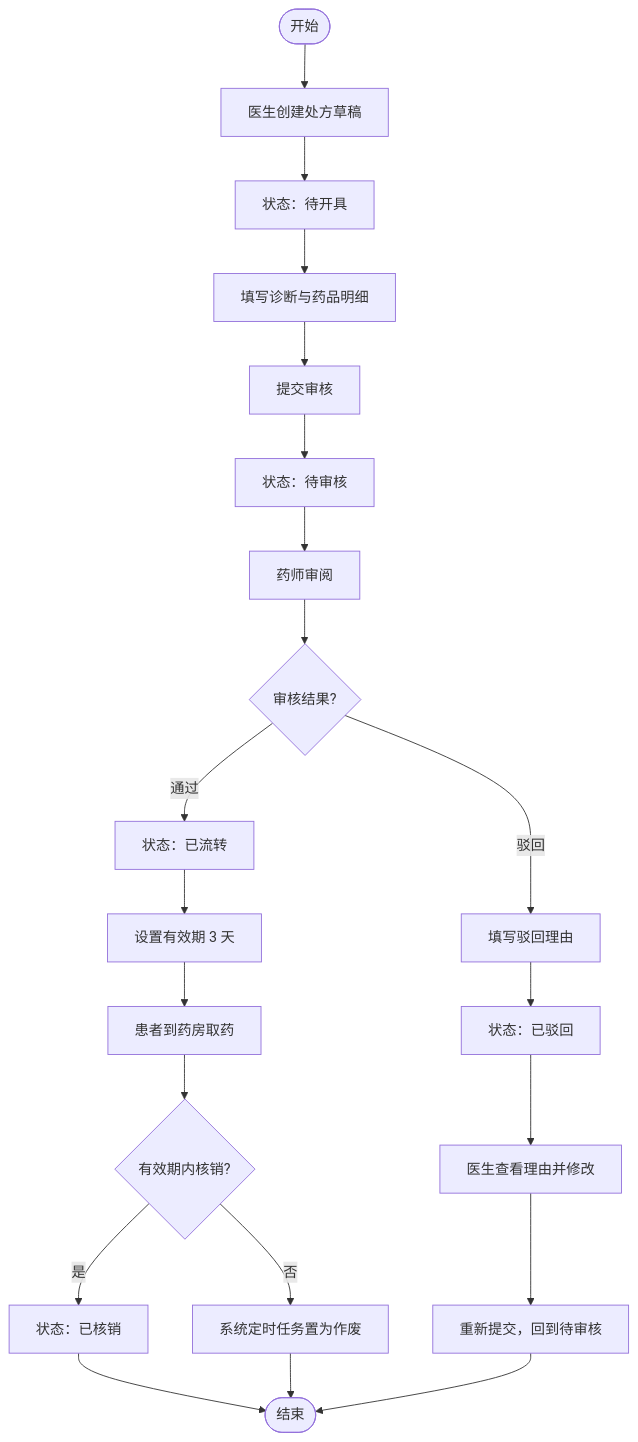
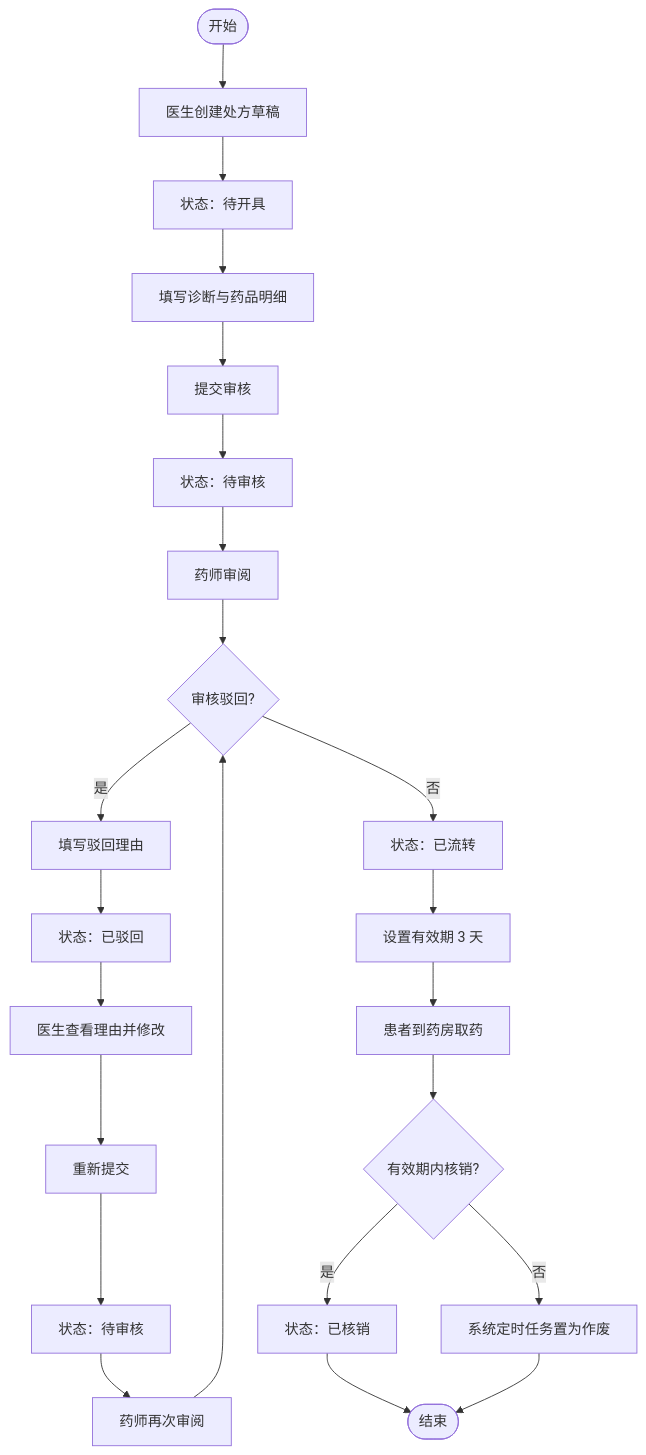
Before and after one commit to RefuseIOT/MedicinePlatform: the fifth of 7 diagrams in docs/diagrams/README.md, drawn with Mermaid. The commit also changed 2 other files, not shown here.

Commit message:
docs: 处方驳回

````diff
--- a/docs/diagrams/README.md
+++ b/docs/diagrams/README.md
@@ -128,23 +128,25 @@
 ```mermaid
 flowchart TD
     A([开始]) --> B[医生创建处方草稿]
     B --> C[状态：待开具]
     C --> D[填写诊断与药品明细]
     D --> E[提交审核]
     E --> F[状态：待审核]
     F --> G[药师审阅]
-    G --> H{审核结果?}
-    H -- 通过 --> I[状态：已流转]
-    I --> J[设置有效期 3 天]
-    J --> K[患者到药房取药]
-    K --> L{有效期内核销?}
-    L -- 是 --> M[状态：已核销]
-    L -- 否 --> N[系统定时任务置为作废]
-    H -- 驳回 --> O[填写驳回理由]
-    O --> P[状态：已驳回]
-    P --> Q[医生查看理由并修改]
-    Q --> R[重新提交，回到待审核]
-    M --> S([结束])
-    N --> S
-    R --> S
+    G --> H{审核驳回?}
+    H -- 是 --> I[填写驳回理由]
+    I --> J[状态：已驳回]
+    J --> K[医生查看理由并修改]
+    K --> L[重新提交]
+    L --> M[状态：待审核]
+    M --> N[药师再次审阅]
+    N --> H
+    H -- 否 --> O[状态：已流转]
+    O --> P[设置有效期 3 天]
+    P --> Q[患者到药房取药]
+    Q --> R{有效期内核销?}
+    R -- 是 --> S[状态：已核销]
+    R -- 否 --> T[系统定时任务置为作废]
+    S --> U([结束])
+    T --> U
 ```
````
